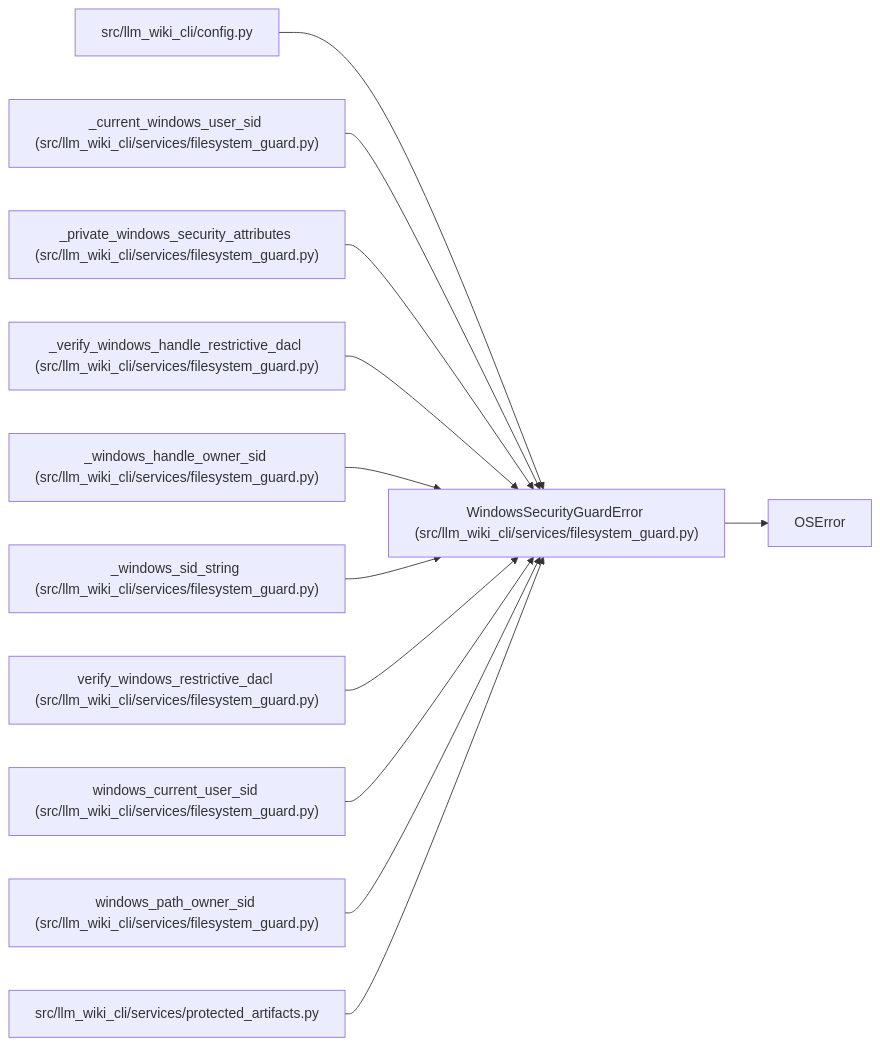
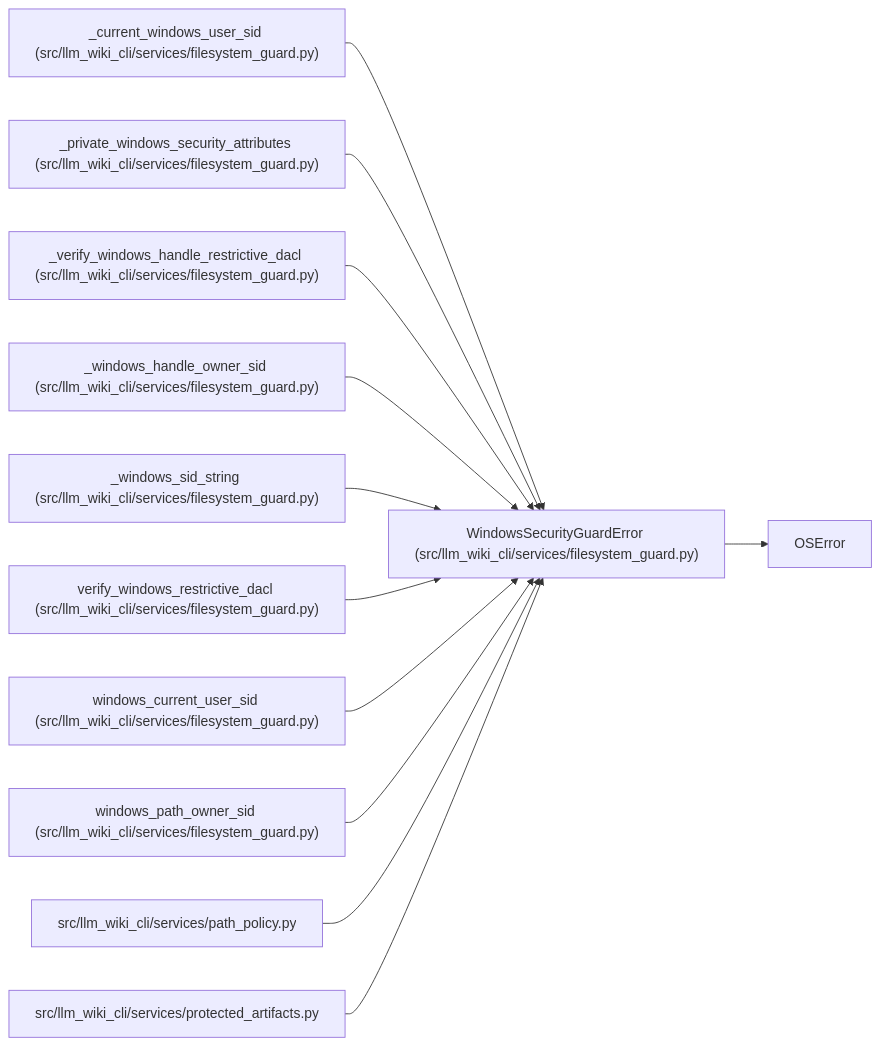
One commit to Denissvgn/python-wiki-llm changed the diagram in docs/llm_wiki/entities/WindowsSecurityGuardError.md. Above: the diagram before and after it, drawn with Mermaid. The commit also changed other lines of this file and 1555 other files, not shown here.

````diff
--- a/docs/llm_wiki/entities/WindowsSecurityGuardError.md
+++ b/docs/llm_wiki/entities/WindowsSecurityGuardError.md
@@ -23,37 +23,37 @@
 ```mermaid
 flowchart LR
     n0["WindowsSecurityGuardError (src/llm_wiki_cli/services/filesystem_guard.py)"]
     n1["OSError"]
-    n2["src/llm_wiki_cli/config.py"]
-    n3["_current_windows_user_sid (src/llm_wiki_cli/services/filesystem_guard.py)"]
-    n4["_private_windows_security_attributes (src/llm_wiki_cli/services/filesystem_guard.py)"]
-    n5["_verify_windows_handle_restrictive_dacl (src/llm_wiki_cli/services/filesystem_guard.py)"]
-    n6["_windows_handle_owner_sid (src/llm_wiki_cli/services/filesystem_guard.py)"]
-    n7["_windows_sid_string (src/llm_wiki_cli/services/filesystem_guard.py)"]
-    n8["verify_windows_restrictive_dacl (src/llm_wiki_cli/services/filesystem_guard.py)"]
-    n9["windows_current_user_sid (src/llm_wiki_cli/services/filesystem_guard.py)"]
-    n10["windows_path_owner_sid (src/llm_wiki_cli/services/filesystem_guard.py)"]
+    n2["_current_windows_user_sid (src/llm_wiki_cli/services/filesystem_guard.py)"]
+    n3["_private_windows_security_attributes (src/llm_wiki_cli/services/filesystem_guard.py)"]
+    n4["_verify_windows_handle_restrictive_dacl (src/llm_wiki_cli/services/filesystem_guard.py)"]
+    n5["_windows_handle_owner_sid (src/llm_wiki_cli/services/filesystem_guard.py)"]
+    n6["_windows_sid_string (src/llm_wiki_cli/services/filesystem_guard.py)"]
+    n7["verify_windows_restrictive_dacl (src/llm_wiki_cli/services/filesystem_guard.py)"]
+    n8["windows_current_user_sid (src/llm_wiki_cli/services/filesystem_guard.py)"]
+    n9["windows_path_owner_sid (src/llm_wiki_cli/services/filesystem_guard.py)"]
+    n10["src/llm_wiki_cli/services/path_policy.py"]
     n11["src/llm_wiki_cli/services/protected_artifacts.py"]
     n0 --> n1
     n2 --> n0
     n3 --> n0
     n4 --> n0
     n5 --> n0
     n6 --> n0
     n7 --> n0
     n8 --> n0
     n9 --> n0
     n10 --> n0
     n11 --> n0
     click n0 "../modules/filesystem_guard.md"
-    click n2 "../modules/config.md"
+    click n2 "../modules/filesystem_guard.md"
     click n3 "../modules/filesystem_guard.md"
     click n4 "../modules/filesystem_guard.md"
     click n5 "../modules/filesystem_guard.md"
     click n6 "../modules/filesystem_guard.md"
     click n7 "../modules/filesystem_guard.md"
     click n8 "../modules/filesystem_guard.md"
     click n9 "../modules/filesystem_guard.md"
-    click n10 "../modules/filesystem_guard.md"
+    click n10 "../modules/path_policy.md"
     click n11 "../modules/protected_artifacts.md"
 ```
````
